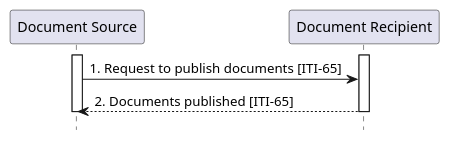
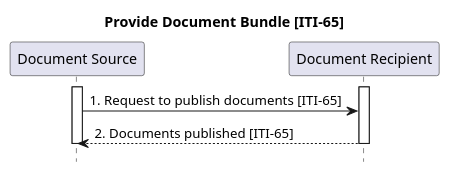
The diagram in input/images-source/ITI-65-seq.plantuml (IHE/ITI.MHD), drawn with PlantUML before and after one commit. The commit also changed 22 other files, not shown here.

```diff
--- a/input/images-source/ITI-65-seq.plantuml
+++ b/input/images-source/ITI-65-seq.plantuml
@@ -1,11 +1,12 @@
 @startuml
+title Provide Document Bundle [ITI-65]
 hide footbox
 participant "Document Source" as DocumentSource
 participant "Document Recipient" as DocumentRecipient
 activate "DocumentSource"
 activate "DocumentRecipient"
 "DocumentSource" -> "DocumentRecipient" : 1. Request to publish documents [ITI-65]
 "DocumentRecipient" --> "DocumentSource" : 2. Documents published [ITI-65]
 deactivate "DocumentSource"
 deactivate "DocumentRecipient"
 @enduml
```
